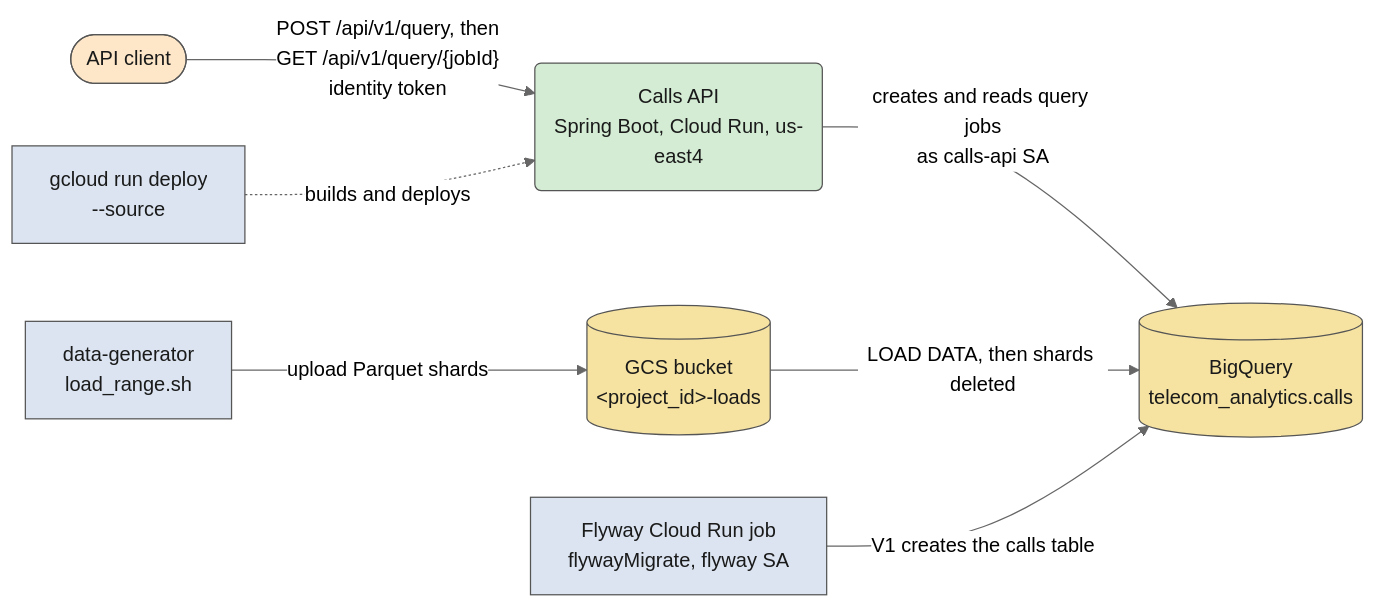
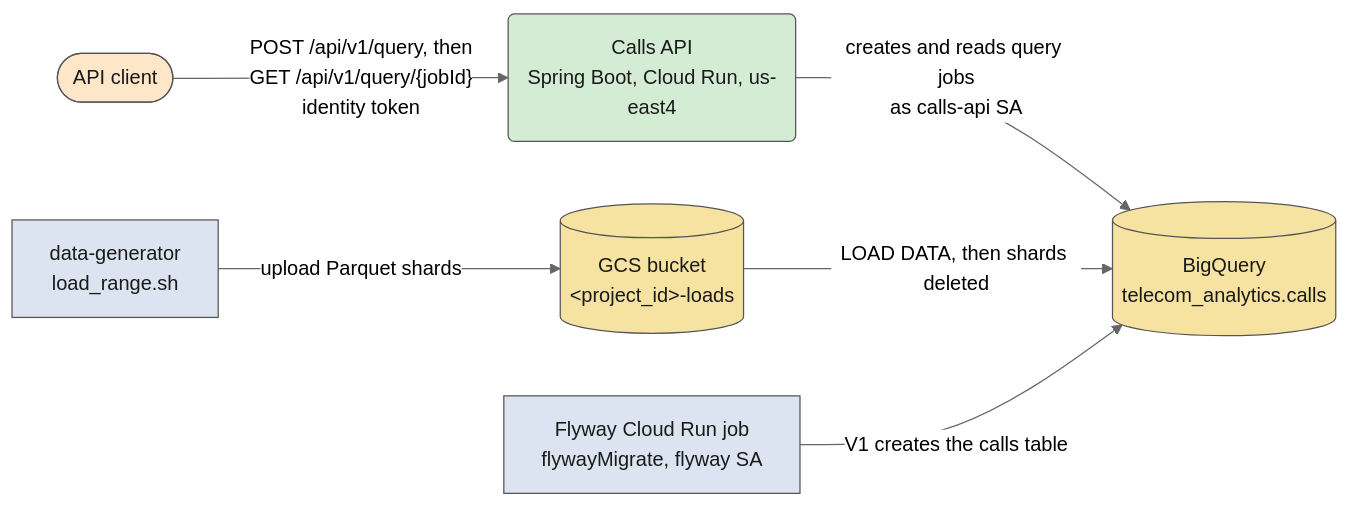
Before and after one commit to castroaj/GCP-BQ-DEMO: the second of 4 diagrams in README.md, drawn with Mermaid (neutral theme). The commit also changed other lines of this file and 11 other files, not shown here.

First line of the commit message:
Manage the Calls API Cloud Run service and its image in Terraform

````diff
--- a/README.md
+++ b/README.md
@@ -38,26 +38,24 @@
 ```mermaid
 flowchart LR
   client(["API client"])
   api("Calls API<br/>Spring Boot, Cloud Run, us-east4")
   bq[("BigQuery<br/>telecom_analytics.calls")]
   gcs[("GCS bucket<br/>&lt;project_id&gt;-loads")]
   gen["data-generator<br/>load_range.sh"]
   flyway["Flyway Cloud Run job<br/>flywayMigrate, flyway SA"]
-  deploy["gcloud run deploy<br/>--source"]
 
   client -->|"POST /api/v1/query, then<br/>GET /api/v1/query/{jobId}<br/>identity token"| api
   api -->|"creates and reads query jobs<br/>as calls-api SA"| bq
   gen -->|"upload Parquet shards"| gcs
   gcs -->|"LOAD DATA, then shards deleted"| bq
   flyway -->|"V1 creates the calls table"| bq
-  deploy -.->|"builds and deploys"| api
 
   classDef client fill:#fde7c8,stroke:#555,color:#1a1a1a
   classDef tool fill:#dbe4f0,stroke:#555,color:#1a1a1a
   classDef compute fill:#d3ecd3,stroke:#555,color:#1a1a1a
   classDef store fill:#f6e3a1,stroke:#555,color:#1a1a1a
   class client client
-  class gen,flyway,deploy tool
+  class gen,flyway tool
   class api compute
   class bq,gcs store
 ```
````
